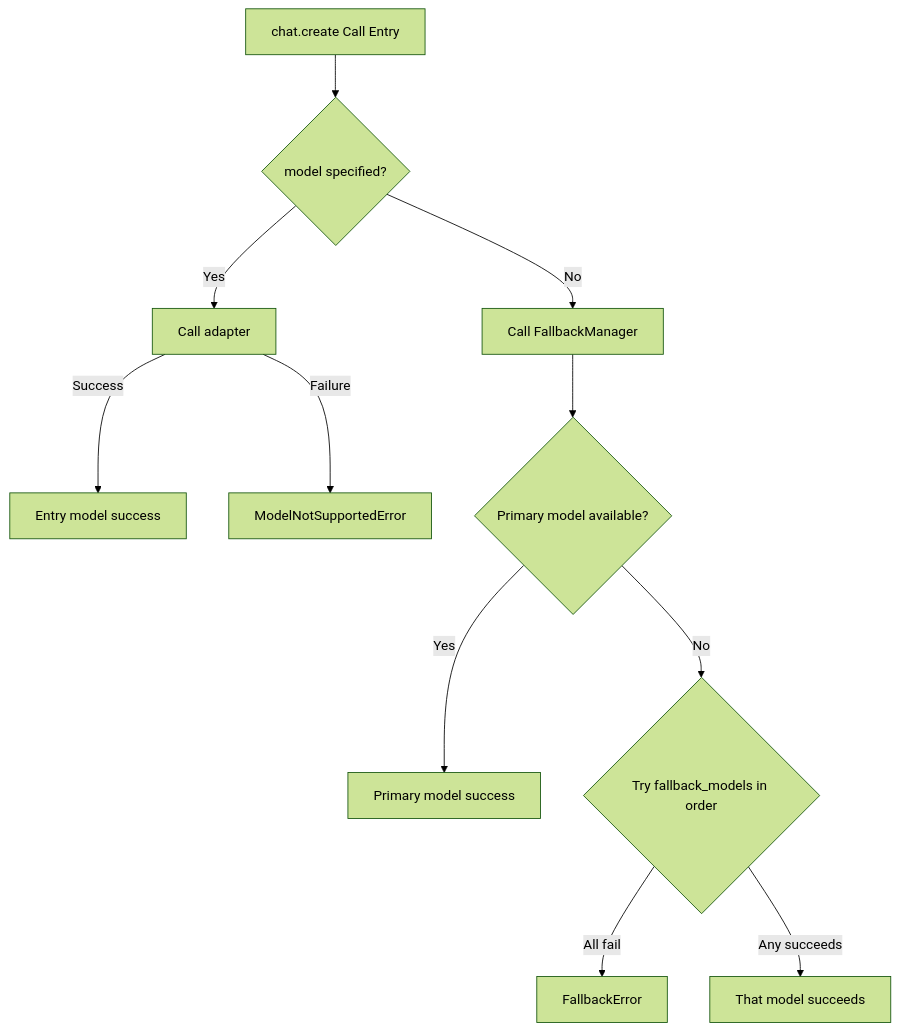
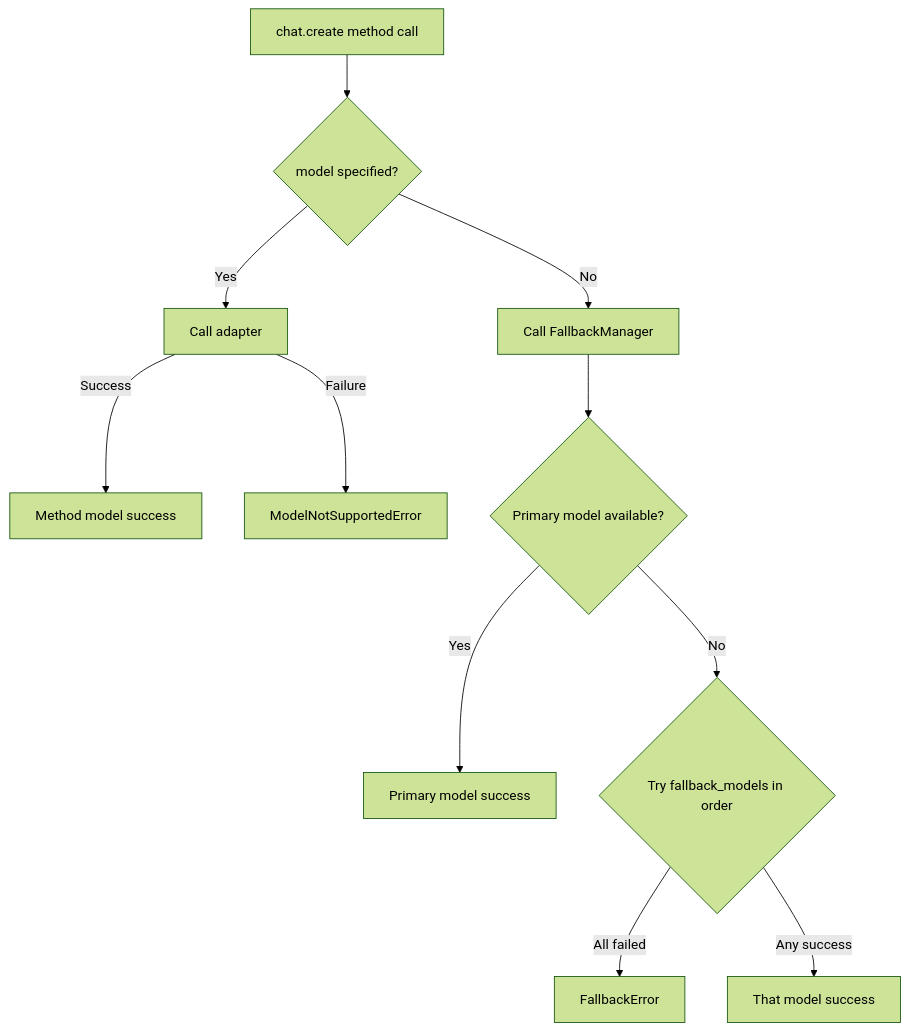
The diagram in README_en.md (kanchengw/cnllm), drawn with Mermaid (forest theme) before and after one commit. The commit also changed other lines of this file and 46 other files, not shown here.

````diff
--- a/README_en.md
+++ b/README_en.md
@@ -268,13 +495,13 @@
 ```mermaid
 flowchart TD
-    A[chat.create Call Entry] --> B{model specified?}
+    A[chat.create method call] --> B{model specified?}
     B -->|Yes| C[Call adapter]
-    C -->|Success| J[Entry model success]
+    C -->|Success| J[Method model success]
     C -->|Failure| K[ModelNotSupportedError]
     B -->|No| D[Call FallbackManager]
     D --> E{Primary model available?}
     E -->|Yes| F[Primary model success]
     E -->|No| G{Try fallback_models in order}
-    G -->|All fail| H[FallbackError]
-    G -->|Any succeeds| I[That model succeeds]
+    G -->|All failed| H[FallbackError]
+    G -->|Any success| I[That model success]
 ```
````
